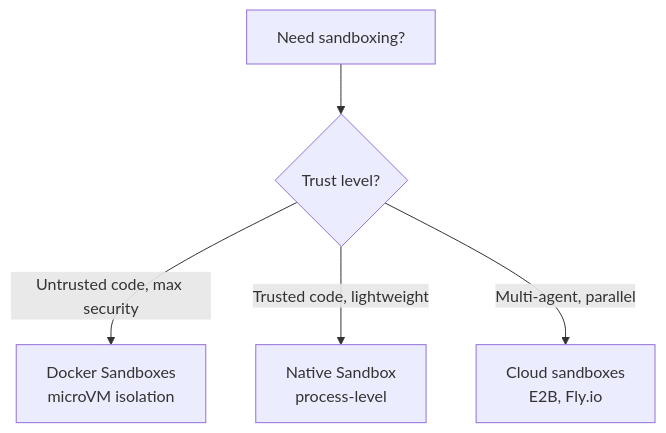
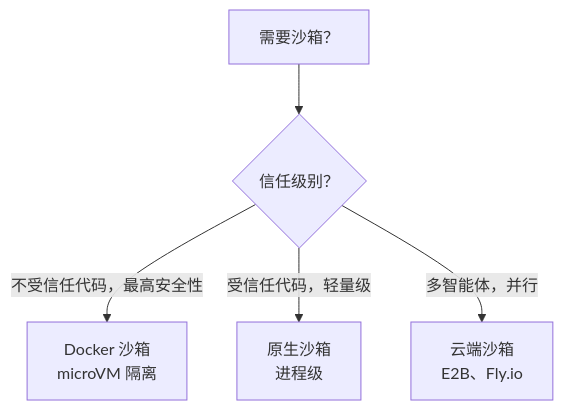
The first of 2 diagrams in claude-code/security/sandbox-native.md (lawrencewzen/aispark-wiki), drawn with Mermaid before and after one commit. The commit also changed other lines of this file and 82 other files, not shown here.

````diff
--- a/claude-code/security/sandbox-native.md
+++ b/claude-code/security/sandbox-native.md
@@ -45,7 +45,7 @@
 ```mermaid
 flowchart TD
-    A[Need sandboxing?] --> B{Trust level?}
-    B -->|Untrusted code, max security| C[Docker Sandboxes<br/>microVM isolation]
-    B -->|Trusted code, lightweight| D[Native Sandbox<br/>process-level]
-    B -->|Multi-agent, parallel| E[Cloud sandboxes<br/>E2B, Fly.io]
+    A[需要沙箱？] --> B{信任级别？}
+    B -->|不受信任代码，最高安全性| C[Docker 沙箱<br/>microVM 隔离]
+    B -->|受信任代码，轻量级| D[原生沙箱<br/>进程级]
+    B -->|多智能体，并行| E[云端沙箱<br/>E2B、Fly.io]
 ```
````
